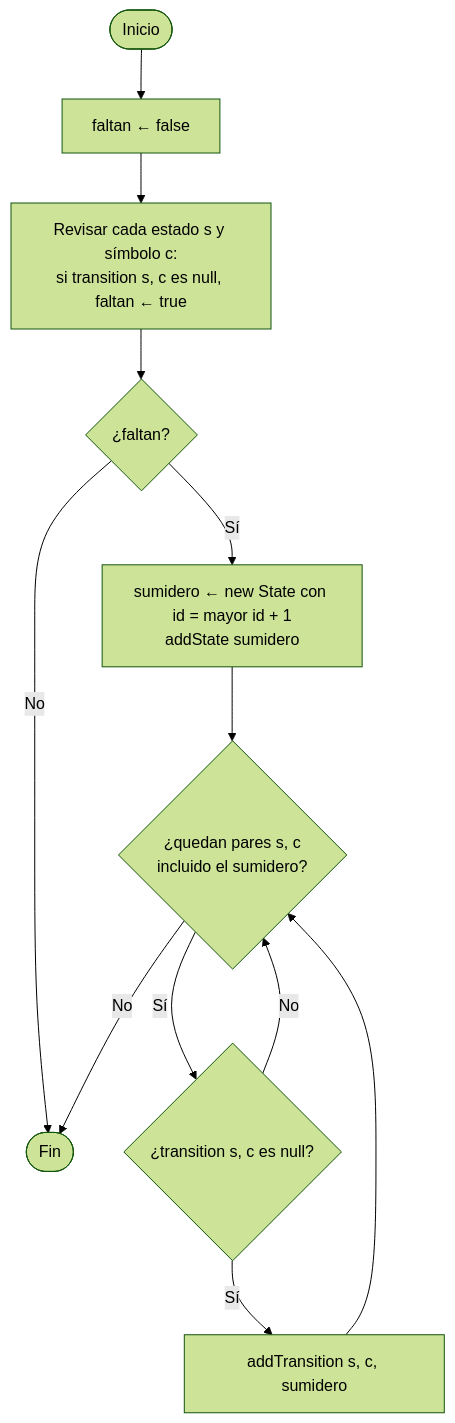
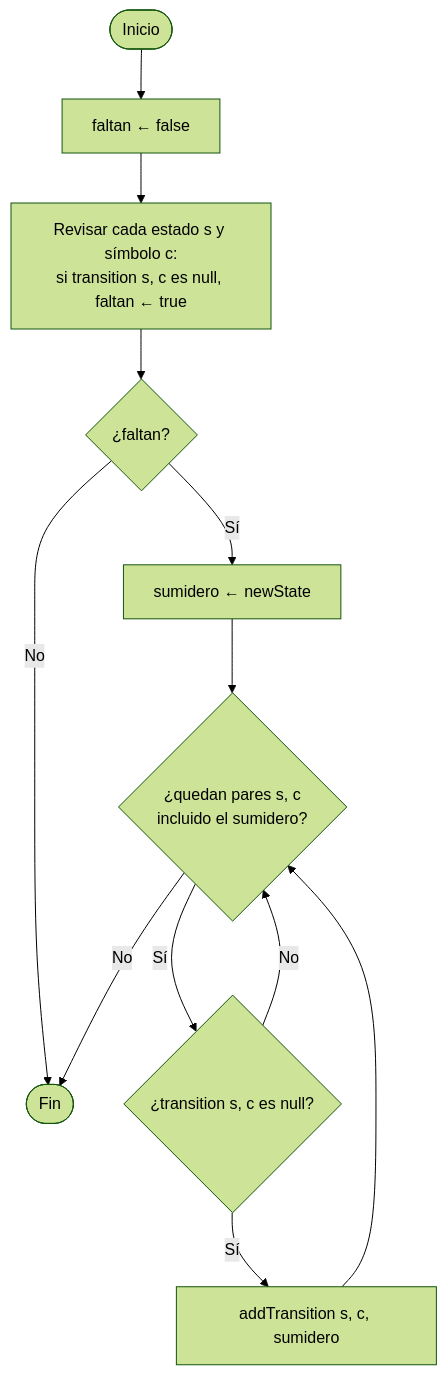
The eighth of 8 diagrams in docs/diagramas/07-modelo-automatas.md (Leosanlo30/RegEx-to-DFA-Visualizer), drawn with Mermaid (forest theme) before and after one commit. The commit also changed other lines of this file and 3 other files, not shown here.

First line of the commit message:
docs: agregar diagramas de los métodos del modelo que faltaban

````diff
--- a/docs/diagramas/07-modelo-automatas.md
+++ b/docs/diagramas/07-modelo-automatas.md
@@ -130,14 +124,14 @@
 ```mermaid
 flowchart TD
     A([Inicio]) --> B[faltan ← false]
     B --> C[Revisar cada estado s y símbolo c:<br/>si transition s, c es null, faltan ← true]
     C --> D{¿faltan?}
     D -- No --> Z([Fin])
-    D -- Sí --> E[sumidero ← new State con id = mayor id + 1<br/>addState sumidero]
+    D -- Sí --> E[sumidero ← newState]
     E --> F{¿quedan pares s, c<br/>incluido el sumidero?}
     F -- No --> Z
     F -- Sí --> G{¿transition s, c es null?}
     G -- Sí --> H[addTransition s, c, sumidero]
     G -- No --> F
     H --> F
 ```
````
